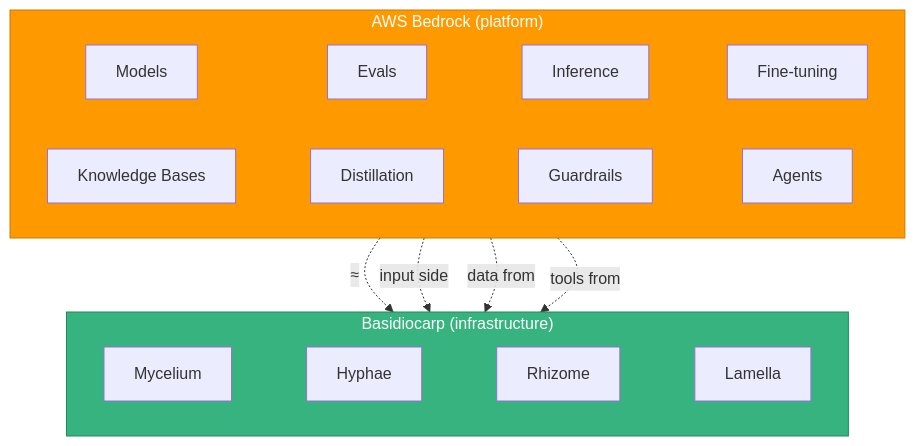
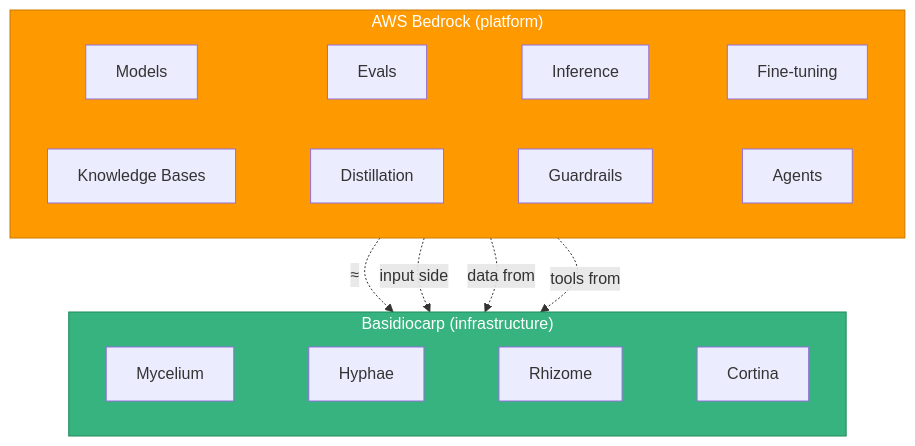
One commit to basidiocarp/.github changed the third of 5 diagrams in docs/AI-CONCEPTS.md. Above: the diagram before and after it, drawn with Mermaid. The commit also changed other lines of this file and 17 other files, not shown here.

````diff
--- a/docs/AI-CONCEPTS.md
+++ b/docs/AI-CONCEPTS.md
@@ -103,21 +103,21 @@
 ```mermaid
 flowchart TD
     subgraph Bedrock["AWS Bedrock (platform)"]
         direction LR
         BModels["Models"] ~~~ BEval["Evals"] ~~~ BInfer["Inference"] ~~~ BFT["Fine-tuning"]
         BKB["Knowledge Bases"] ~~~ BDistill["Distillation"] ~~~ BGuard["Guardrails"] ~~~ BAgents["Agents"]
     end
 
     subgraph Eco["Basidiocarp (infrastructure)"]
         direction LR
-        Mycelium["Mycelium"] ~~~ Hyphae["Hyphae"] ~~~ Rhizome["Rhizome"] ~~~ Lamella["Lamella"]
+        Mycelium["Mycelium"] ~~~ Hyphae["Hyphae"] ~~~ Rhizome["Rhizome"] ~~~ Cortina["Cortina"]
     end
 
     BKB -.->|"≈"| Hyphae
     BInfer -.->|"input side"| Mycelium
     BFT -.->|"data from"| Hyphae
     BAgents -.->|"tools from"| Eco
 
     style Bedrock fill:#ff9900,stroke:#cc7a00,color:#fff
     style Eco fill:#36b37e,stroke:#1f8a5a,color:#fff
 ```
````
